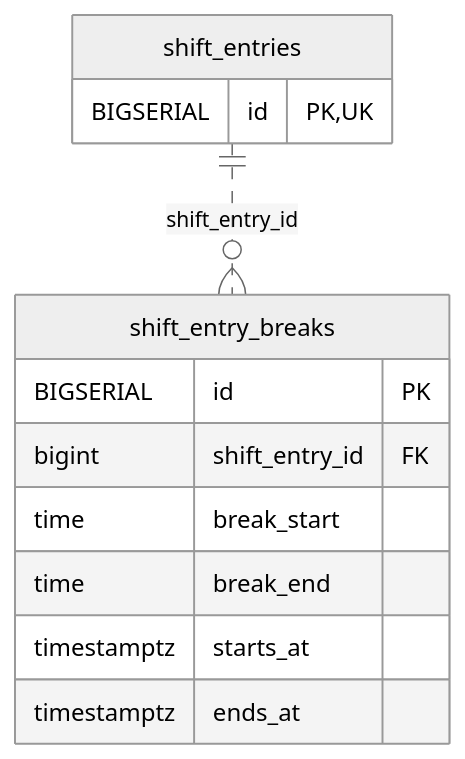
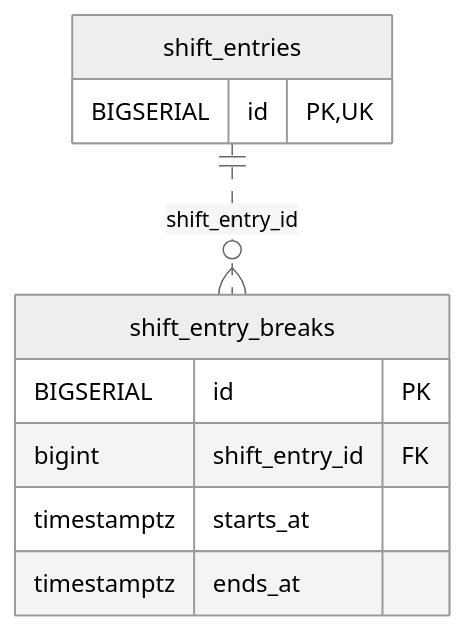
One commit to MinoruSoga/AnimalEkarte changed the diagram in docs/architecture/erd-detail/shift_entry_breaks.md. Above: the diagram before and after it, drawn with Mermaid (neutral theme). The commit also changed other lines of this file and 147 other files, not shown here.

````diff
--- a/docs/architecture/erd-detail/shift_entry_breaks.md
+++ b/docs/architecture/erd-detail/shift_entry_breaks.md
@@ -29,15 +27,13 @@
 ```mermaid
 erDiagram
     shift_entry_breaks {
         BIGSERIAL id PK
         bigint shift_entry_id FK
-        time break_start
-        time break_end
         timestamptz starts_at
         timestamptz ends_at
     }
     shift_entries {
         BIGSERIAL id PK,UK
     }
     shift_entries ||..o{ shift_entry_breaks : "shift_entry_id"
 ```
````
